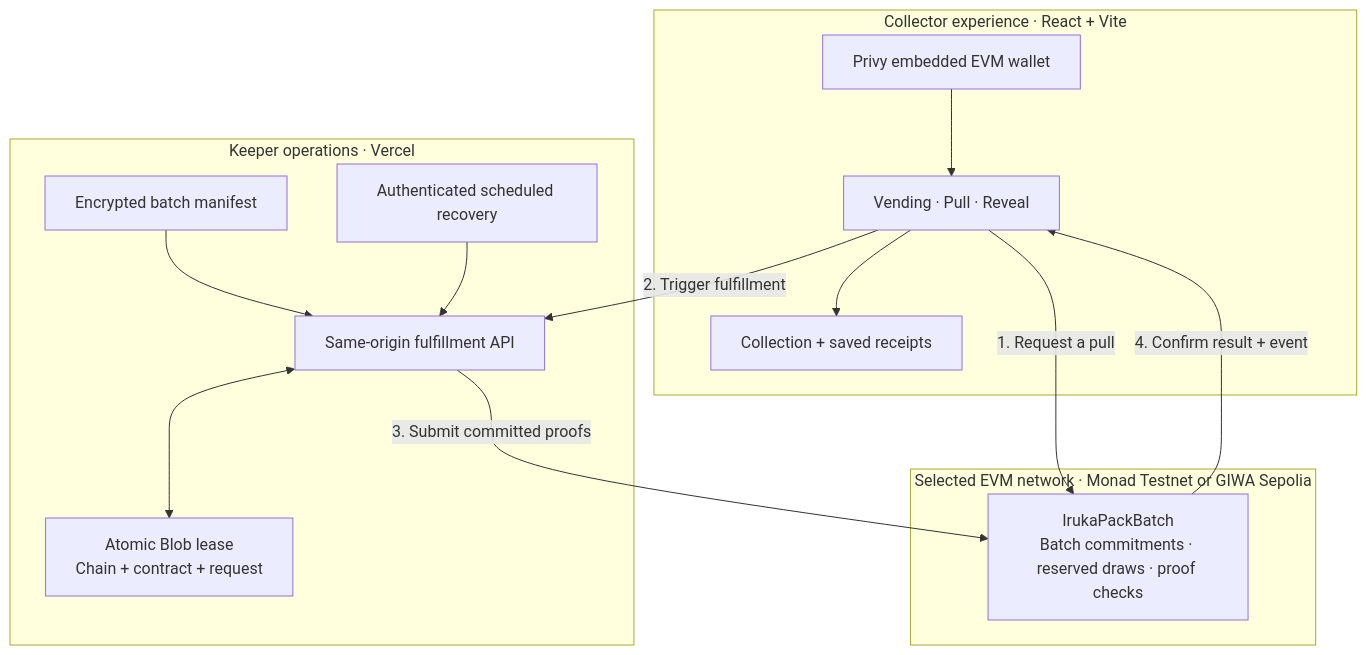
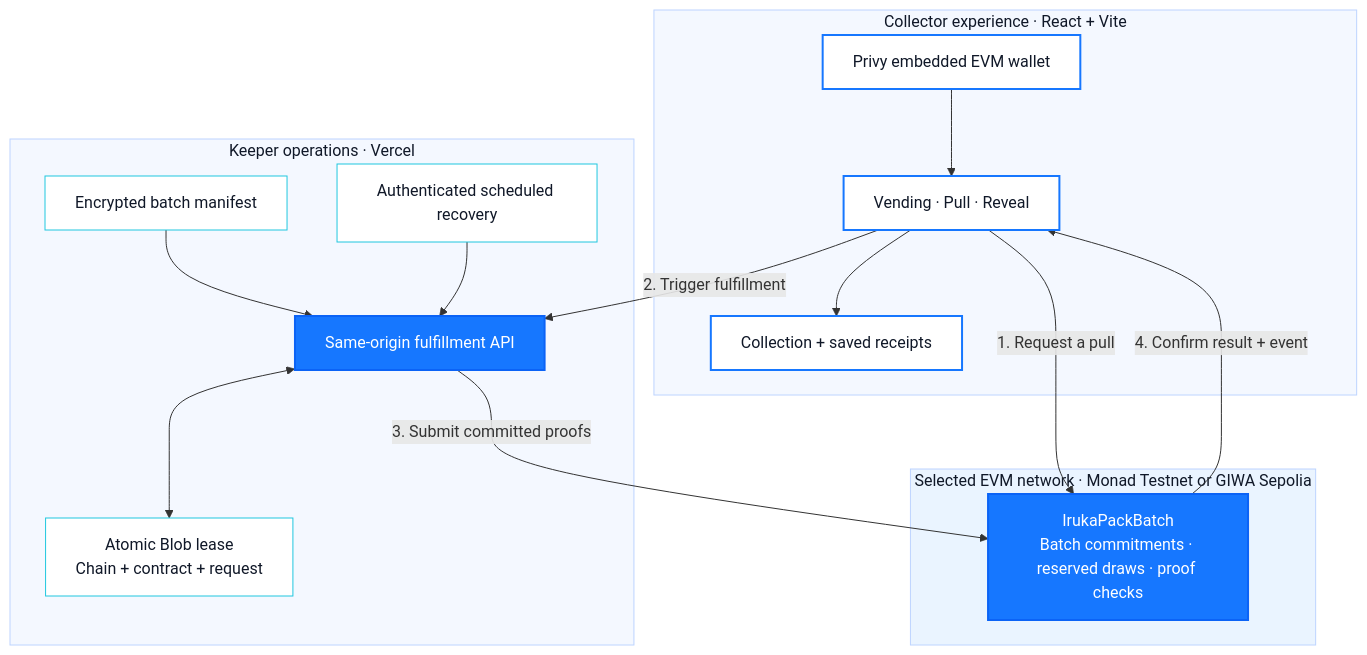
Before and after one commit to starlash7/iruka: the diagram in README.md, drawn with Mermaid.

Commit message:
docs: style architecture with Iruka blue palette

````diff
--- a/README.md
+++ b/README.md
@@ -79,29 +79,39 @@
 ```mermaid
 flowchart TD
     subgraph Browser["Collector experience · React + Vite"]
         Wallet["Privy embedded EVM wallet"]
         App["Vending · Pull · Reveal"]
         Collection["Collection + saved receipts"]
         Wallet --> App
         App --> Collection
     end
 
     subgraph Chain["Selected EVM network · Monad Testnet or GIWA Sepolia"]
         Contract["IrukaPackBatch<br/>Batch commitments · reserved draws · proof checks"]
     end
 
     subgraph Server["Keeper operations · Vercel"]
         Keeper["Same-origin fulfillment API"]
         Manifest["Encrypted batch manifest"]
         Lease["Atomic Blob lease<br/>Chain + contract + request"]
         Cron["Authenticated scheduled recovery"]
         Manifest --> Keeper
         Keeper <--> Lease
         Cron --> Keeper
     end
 
     App -->|"1. Request a pull"| Contract
     App -->|"2. Trigger fulfillment"| Keeper
     Keeper -->|"3. Submit committed proofs"| Contract
     Contract -->|"4. Confirm result + event"| App
+
+    classDef product fill:#FFFFFF,stroke:#1677FF,color:#101828,stroke-width:2px
+    classDef proof fill:#1677FF,stroke:#0B63F6,color:#FFFFFF,stroke-width:2px
+    classDef service fill:#FFFFFF,stroke:#20C7DF,color:#101828
+    class Wallet,App,Collection product
+    class Contract,Keeper proof
+    class Manifest,Lease,Cron service
+    style Browser fill:#F4F8FF,stroke:#BDD4FF,color:#101828
+    style Chain fill:#EAF4FF,stroke:#BDD4FF,color:#101828
+    style Server fill:#F4F8FF,stroke:#BDD4FF,color:#101828
 ```
````
